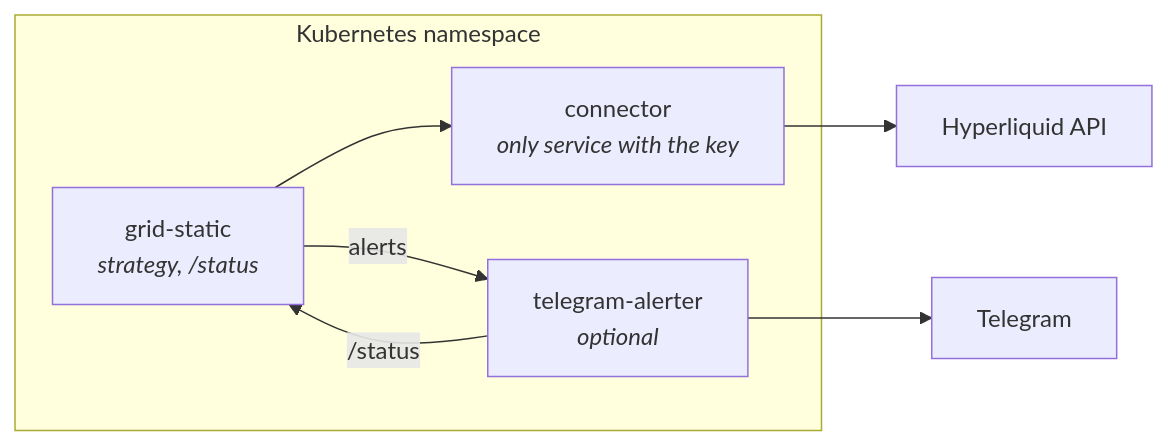
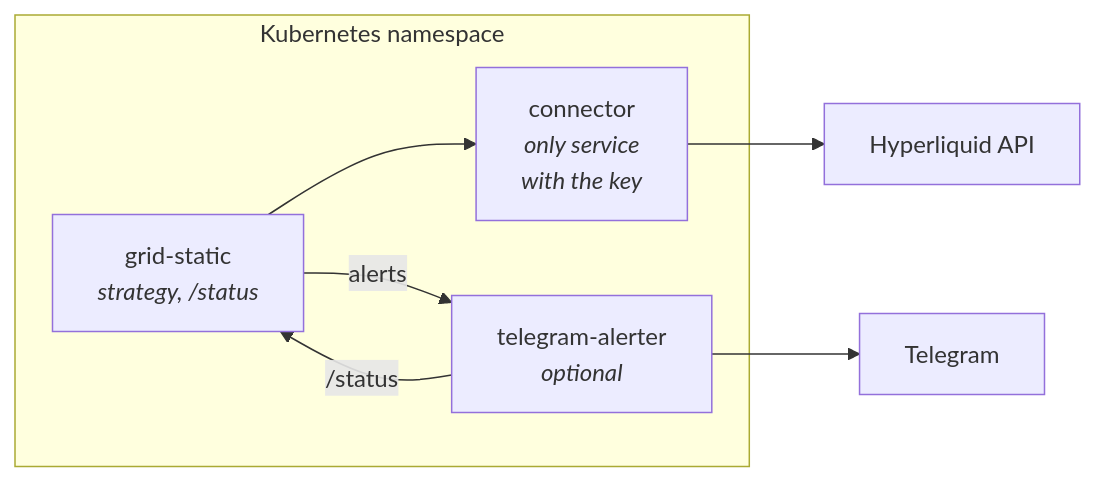
One commit to njwgroeneveld/gridstatic changed the second of 2 diagrams in README.md. Above: the diagram before and after it, drawn with Mermaid. The commit also changed other lines of this file, not shown here.

Commit message:
readme: plainer wording, the mark-price reason, and a connector label that fits

````diff
--- a/README.md
+++ b/README.md
@@ -68,11 +68,11 @@
 ```mermaid
 flowchart LR
     subgraph k8s[Kubernetes namespace]
         GS[grid-static<br/><i>strategy, /status</i>]
-        CON[connector<br/><i>only service with the key</i>]
+        CON[connector<br/><i>only service</i><br/><i>with the key</i>]
         TG[telegram-alerter<br/><i>optional</i>]
     end
     GS --> CON --> HL[Hyperliquid API]
     GS -- alerts --> TG --> TGAPI[Telegram]
     TG -- /status --> GS
 ```
````
